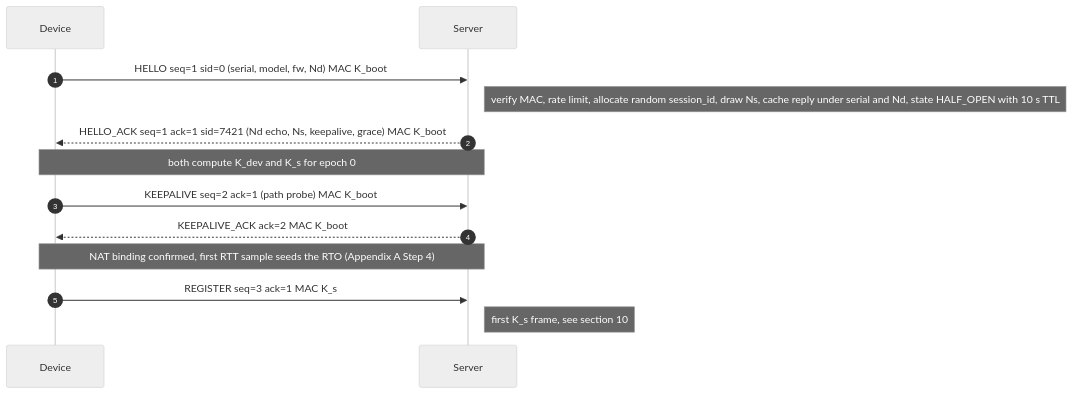
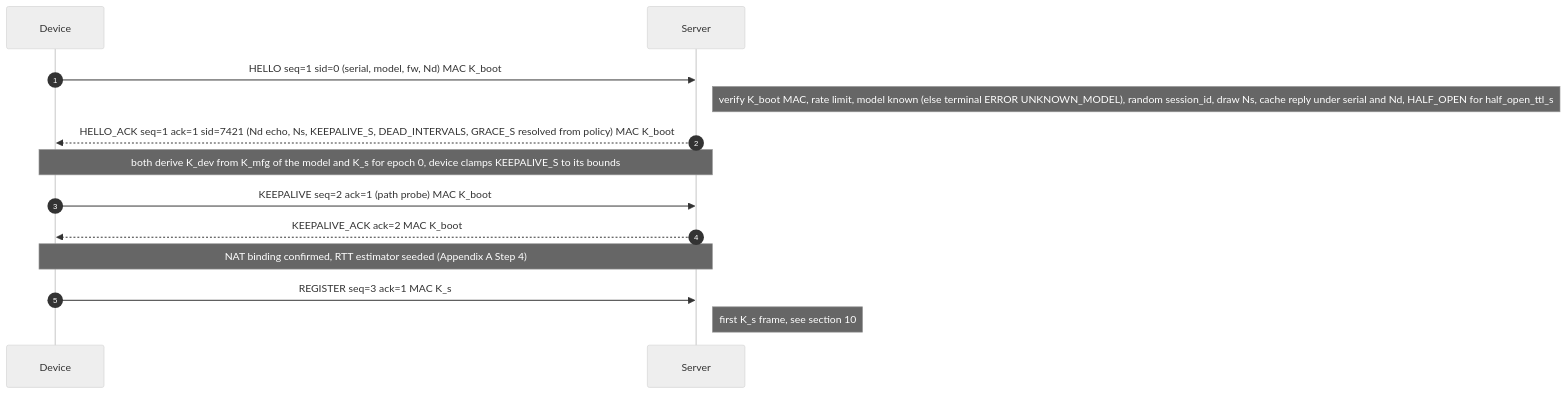
Before and after one commit to heysunilvk/ztp-project: the sixth of 23 diagrams in DESIGN.md, drawn with Mermaid (neutral theme). The commit also changed other lines of this file and 2 other files, not shown here.

````diff
--- a/DESIGN.md
+++ b/DESIGN.md
@@ -692,15 +809,15 @@
 ```mermaid
 sequenceDiagram
     autonumber
     participant D as Device
     participant S as Server
     D->>S: HELLO seq=1 sid=0 (serial, model, fw, Nd) MAC K_boot
-    Note right of S: verify MAC, rate limit, allocate random session_id, draw Ns, cache reply under serial and Nd, state HALF_OPEN with 10 s TTL
-    S-->>D: HELLO_ACK seq=1 ack=1 sid=7421 (Nd echo, Ns, keepalive, grace) MAC K_boot
-    Note over D,S: both compute K_dev and K_s for epoch 0
+    Note right of S: verify K_boot MAC, rate limit, model known (else terminal ERROR UNKNOWN_MODEL), random session_id, draw Ns, cache reply under serial and Nd, HALF_OPEN for half_open_ttl_s
+    S-->>D: HELLO_ACK seq=1 ack=1 sid=7421 (Nd echo, Ns, KEEPALIVE_S, DEAD_INTERVALS, GRACE_S resolved from policy) MAC K_boot
+    Note over D,S: both derive K_dev from K_mfg of the model and K_s for epoch 0, device clamps KEEPALIVE_S to its bounds
     D->>S: KEEPALIVE seq=2 ack=1 (path probe) MAC K_boot
     S-->>D: KEEPALIVE_ACK ack=2 MAC K_boot
-    Note over D,S: NAT binding confirmed, first RTT sample seeds the RTO (Appendix A Step 4)
+    Note over D,S: NAT binding confirmed, RTT estimator seeded (Appendix A Step 4)
     D->>S: REGISTER seq=3 ack=1 MAC K_s
     Note right of S: first K_s frame, see section 10
 ```
````
